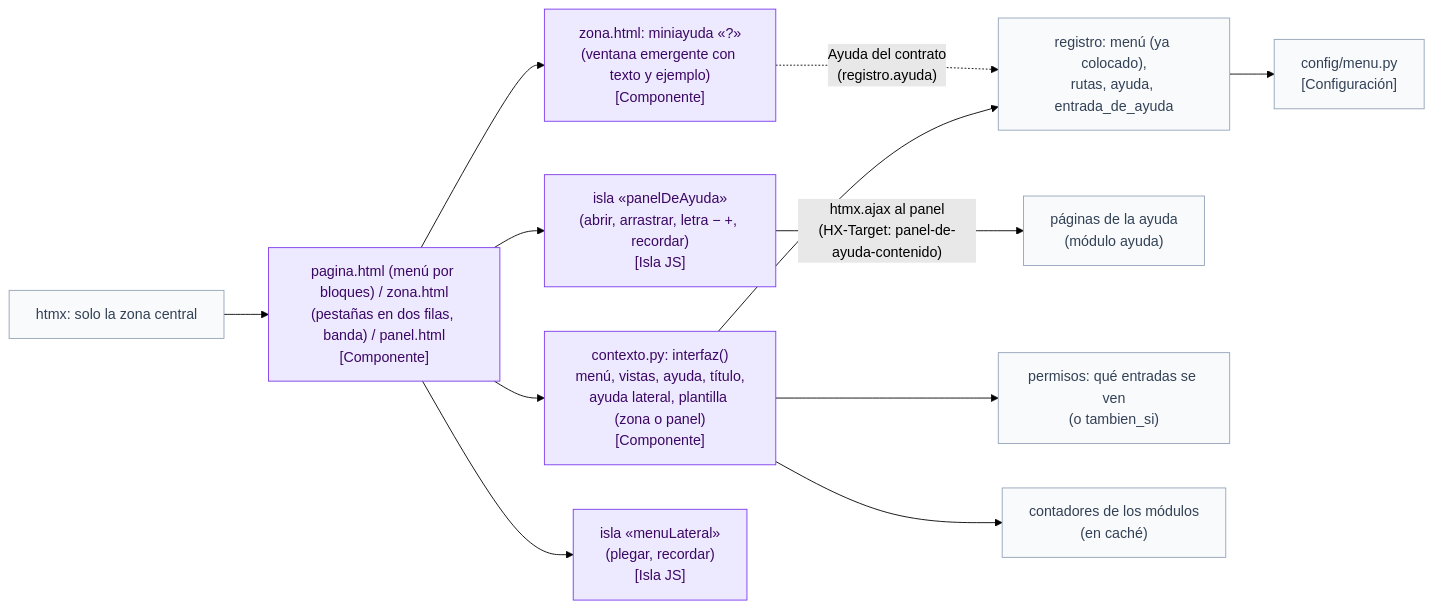
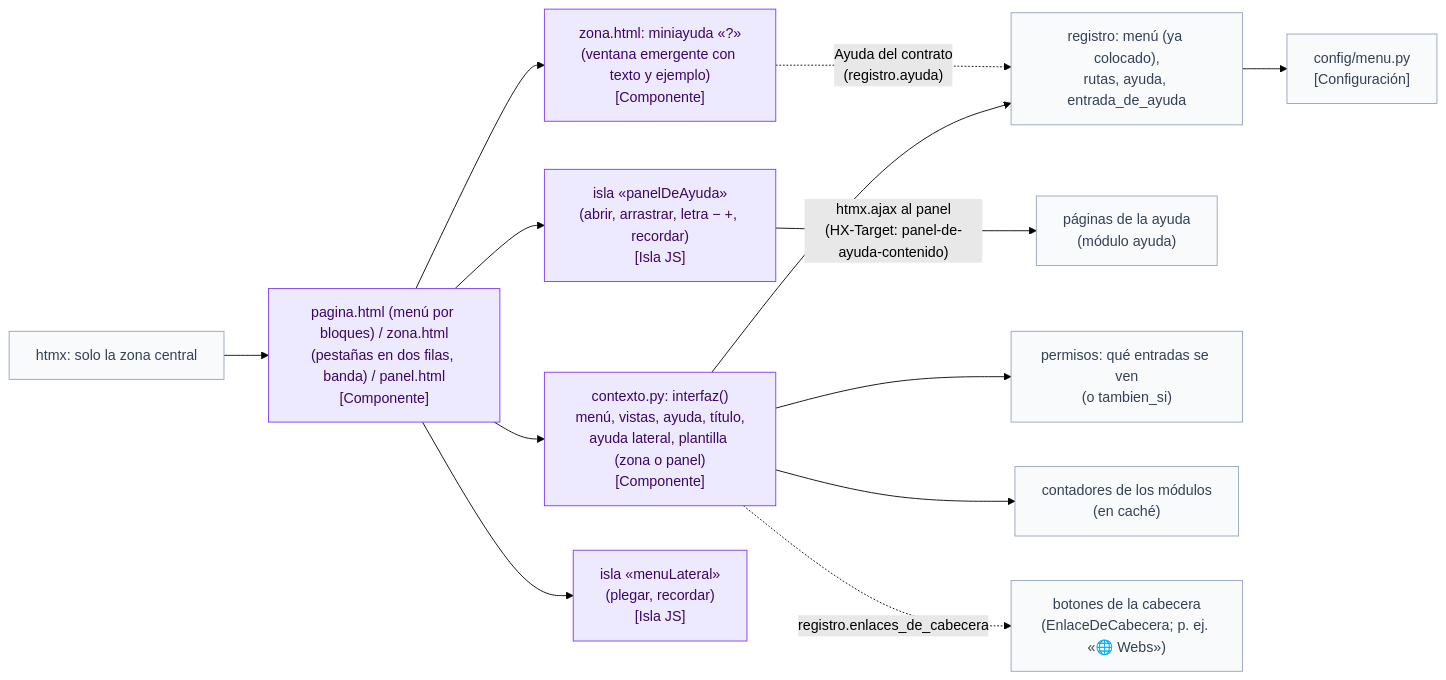
Before and after one commit to chemabc/groupy: diagram 34 of 41 in docs/arquitectura.md, drawn with Mermaid (forest theme). The commit also changed other lines of this file and 41 other files, not shown here.

````diff
--- a/docs/arquitectura.md
+++ b/docs/arquitectura.md
@@ -1036,27 +1077,29 @@
 ```mermaid
 flowchart LR
   classDef comp fill:#ede9fe,stroke:#7c3aed,color:#3b0764
   classDef otro fill:#f8fafc,stroke:#94a3b8,color:#334155
   pagina["pagina.html (menú por bloques) / zona.html<br/>(pestañas en dos filas, banda) / panel.html<br/>[Componente]"]:::comp
   contexto["contexto.py: interfaz()<br/>menú, vistas, ayuda, título,<br/>ayuda lateral, plantilla (zona o panel)<br/>[Componente]"]:::comp
   registro["registro: menú (ya colocado),<br/>rutas, ayuda, entrada_de_ayuda"]:::otro
   disposicion["config/menu.py<br/>[Configuración]"]:::otro
   panelAyuda["isla «panelDeAyuda»<br/>(abrir, arrastrar, letra − +, recordar)<br/>[Isla JS]"]:::comp
   miniayuda["zona.html: miniayuda «?»<br/>(ventana emergente con texto y ejemplo)<br/>[Componente]"]:::comp
   paginasAyuda["páginas de la ayuda<br/>(módulo ayuda)"]:::otro
   permisos["permisos: qué entradas se ven<br/>(o tambien_si)"]:::otro
   contadores["contadores de los módulos<br/>(en caché)"]:::otro
+  cabecera["botones de la cabecera<br/>(EnlaceDeCabecera; p. ej. «🌐 Webs»)"]:::otro
   menuLateral["isla «menuLateral»<br/>(plegar, recordar)<br/>[Isla JS]"]:::comp
   htmx["htmx: solo la zona central"]:::otro
   contexto --> registro
   contexto --> permisos
   contexto --> contadores
+  contexto -. "registro.enlaces_de_cabecera" .-> cabecera
   pagina --> contexto
   pagina --> menuLateral
   pagina --> panelAyuda
   panelAyuda -- "htmx.ajax al panel<br/>(HX-Target: panel-de-ayuda-contenido)" --> paginasAyuda
   pagina --> miniayuda
   miniayuda -. "Ayuda del contrato<br/>(registro.ayuda)" .-> registro
   registro --> disposicion
   htmx --> pagina
 ```
````
